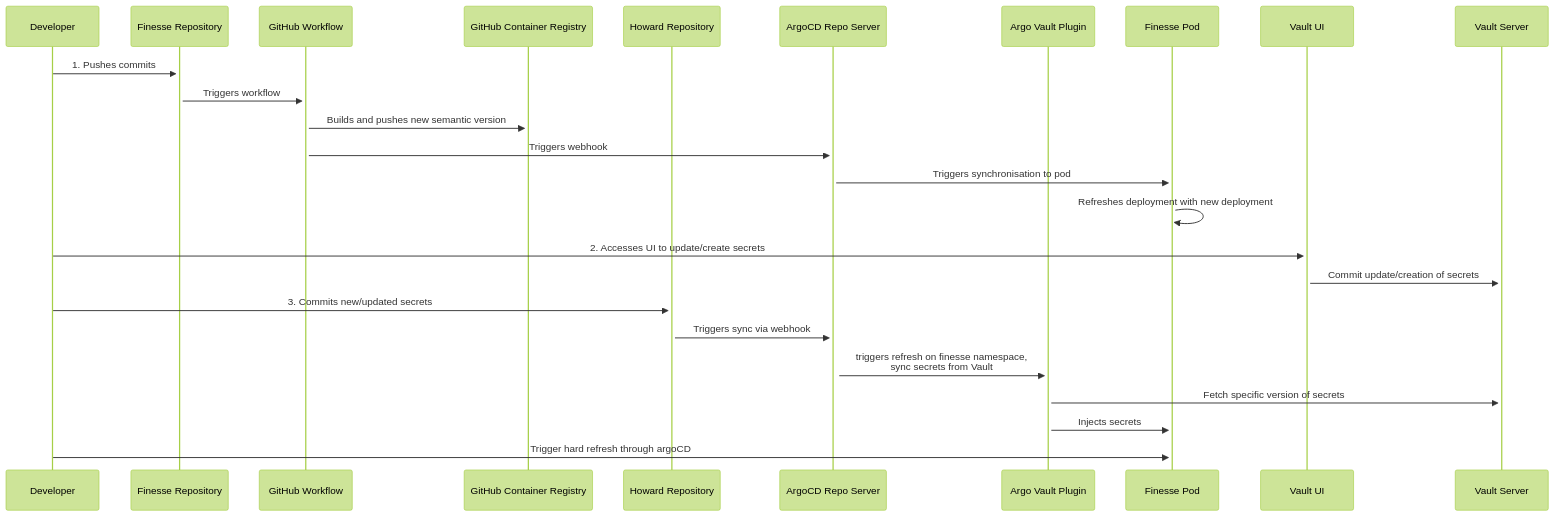
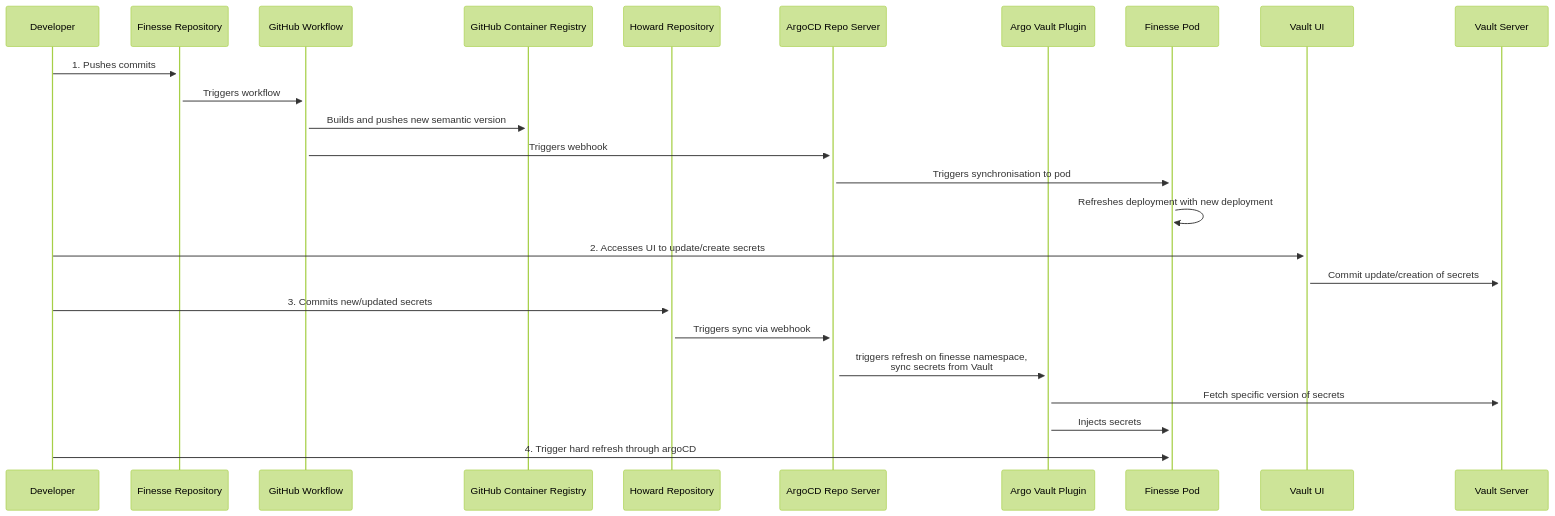
The diagram in docs/secrets-management.md (ai-cfia/howard), drawn with Mermaid (forest theme) before and after one commit.

Commit message:
Issue 134: Updates diagram with numbered step

````diff
--- a/docs/secrets-management.md
+++ b/docs/secrets-management.md
@@ -39,29 +39,29 @@
 ```mermaid
 sequenceDiagram
     participant Developer
     participant FinesseRepo as Finesse Repository
     participant GHWorkflow as GitHub Workflow
     participant ContainerReg as GitHub Container Registry
     participant HowardRepo as Howard Repository
     participant ArgoRepoServer as ArgoCD Repo Server
     participant ArgoVaultPlugin as Argo Vault Plugin
     participant FinessePod as Finesse Pod
 
     participant VaultUI as Vault UI
     participant Vault as Vault Server
 
     Developer->>+FinesseRepo: 1. Pushes commits
     FinesseRepo->>+GHWorkflow: Triggers workflow
     GHWorkflow->>+ContainerReg: Builds and pushes new semantic version
     GHWorkflow->>+ArgoRepoServer: Triggers webhook
     ArgoRepoServer->>+FinessePod: Triggers synchronisation to pod
     FinessePod->>+FinessePod: Refreshes deployment with new deployment
     Developer->>+VaultUI: 2. Accesses UI to update/create secrets
     VaultUI->>+Vault: Commit update/creation of secrets
     Developer->>+HowardRepo: 3. Commits new/updated secrets
     HowardRepo->>+ArgoRepoServer: Triggers sync via webhook
     ArgoRepoServer->>+ArgoVaultPlugin: triggers refresh on finesse namespace,<br> sync secrets from Vault
     ArgoVaultPlugin->>+Vault: Fetch specific version of secrets
     ArgoVaultPlugin->>+FinessePod: Injects secrets
-    Developer->>+FinessePod: Trigger hard refresh through argoCD
+    Developer->>+FinessePod: 4. Trigger hard refresh through argoCD
 ```
````
